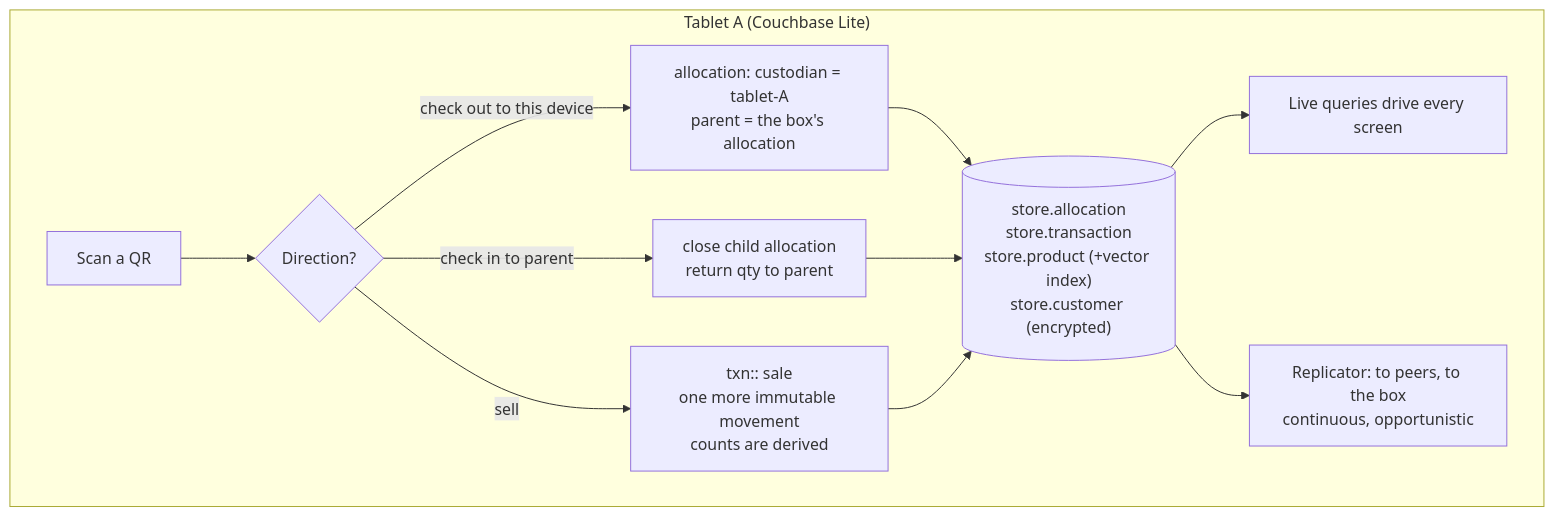
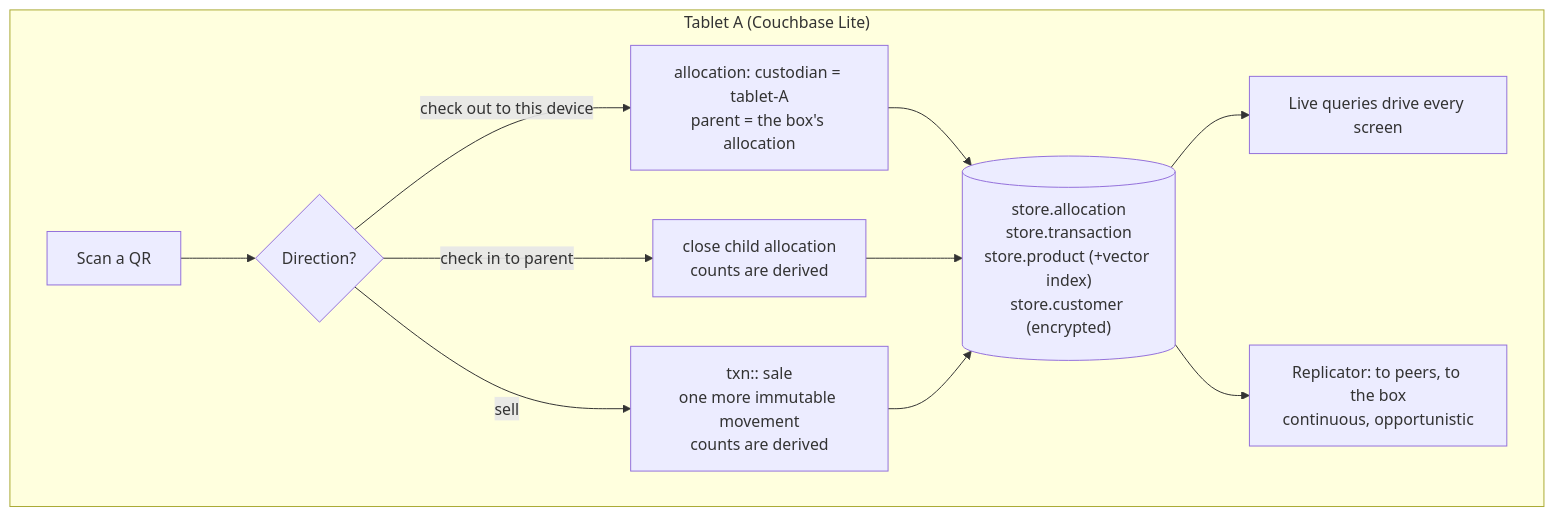
Before and after one commit to omnifroodle/store-in-a-box: the diagram in docs/architecture/couchbase-lite-custody.md, drawn with Mermaid. The commit also changed other lines of this file and 9 other files, not shown here.

````diff
--- a/docs/architecture/couchbase-lite-custody.md
+++ b/docs/architecture/couchbase-lite-custody.md
@@ -7,12 +7,12 @@
 ```mermaid
 flowchart TB
   subgraph Tablet["Tablet A (Couchbase Lite)"]
     SCAN["Scan a QR"] --> KIND{"Direction?"}
     KIND -->|"check out to this device"| OUT["allocation: custodian = tablet-A<br/>parent = the box's allocation"]
-    KIND -->|"check in to parent"| IN["close child allocation<br/>return qty to parent"]
+    KIND -->|"check in to parent"| IN["close child allocation<br/>counts are derived"]
     KIND -->|"sell"| SELL["txn:: sale<br/>one more immutable movement<br/>counts are derived"]
     OUT & IN & SELL --> DB[("store.allocation<br/>store.transaction<br/>store.product (+vector index)<br/>store.customer (encrypted)")]
     DB --> LQ["Live queries drive every screen"]
     DB --> REP["Replicator: to peers, to the box<br/>continuous, opportunistic"]
   end
 ```
````
